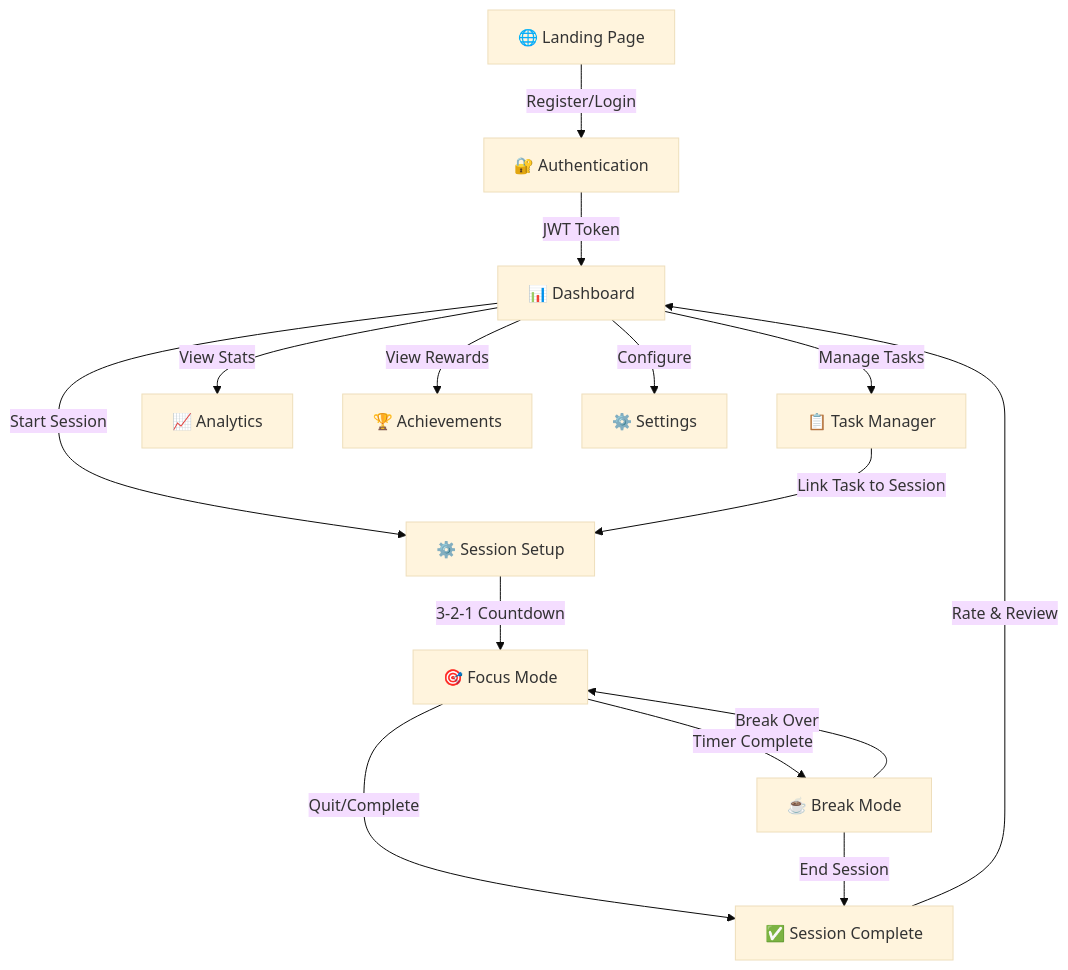
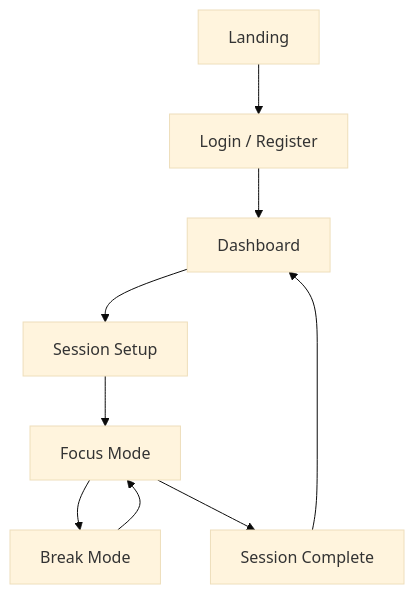
The second of 5 diagrams in README.md (umangjzx/Focus-Sessions-Melodywings), drawn with Mermaid (base theme) before and after one commit. The commit also changed other lines of this file and 364 other files, not shown here.

````diff
--- a/README.md
+++ b/README.md
@@ -125,21 +134,11 @@
 ```mermaid
 flowchart TD
-    A["🌐 Landing Page"] -->|Register/Login| B["🔐 Authentication"]
-    B -->|JWT Token| C["📊 Dashboard"]
-    
-    C -->|Start Session| D["⚙️ Session Setup"]
-    C -->|Manage Tasks| H["📋 Task Manager"]
-    C -->|View Stats| I["📈 Analytics"]
-    C -->|View Rewards| J["🏆 Achievements"]
-    C -->|Configure| K["⚙️ Settings"]
-    
-    D -->|3-2-1 Countdown| E["🎯 Focus Mode"]
-    E -->|Timer Complete| F["☕ Break Mode"]
-    E -->|Quit/Complete| G["✅ Session Complete"]
-    F -->|Break Over| E
-    F -->|End Session| G
-    
-    G -->|Rate & Review| C
-    
-    H -->|Link Task to Session| D
+    A["Landing"] --> B["Login / Register"]
+    B --> C["Dashboard"]
+    C --> D["Session Setup"]
+    D --> E["Focus Mode"]
+    E --> F["Break Mode"]
+    E --> G["Session Complete"]
+    F --> E
+    G --> C
 ```
````
